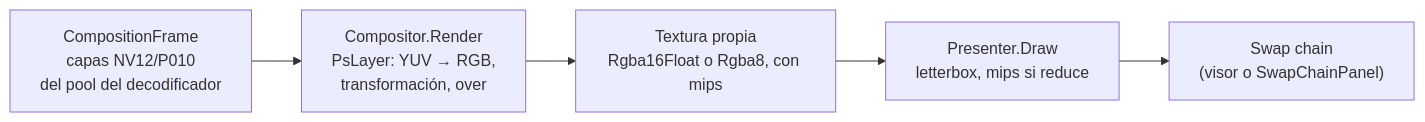
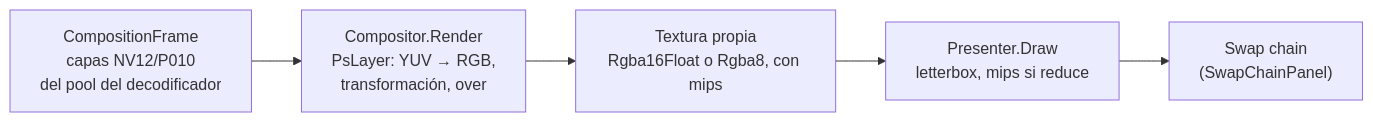
The diagram in docs/arquitectura/render.md (Dathinel/rodaje), drawn with Mermaid before and after one commit. The commit also changed 37 other files, not shown here.

````diff
--- a/docs/arquitectura/render.md
+++ b/docs/arquitectura/render.md
@@ -5,7 +5,7 @@
 ```mermaid
 flowchart LR
     CF["CompositionFrame<br/>capas NV12/P010<br/>del pool del decodificador"] --> C["Compositor.Render<br/>PsLayer: YUV → RGB,<br/>transformación, over"]
     C --> T["Textura propia<br/>Rgba16Float o Rgba8, con mips"]
     T --> P["Presenter.Draw<br/>letterbox, mips si reduce"]
-    P --> SC["Swap chain<br/>(visor o SwapChainPanel)"]
+    P --> SC["Swap chain<br/>(SwapChainPanel)"]
 ```
````
